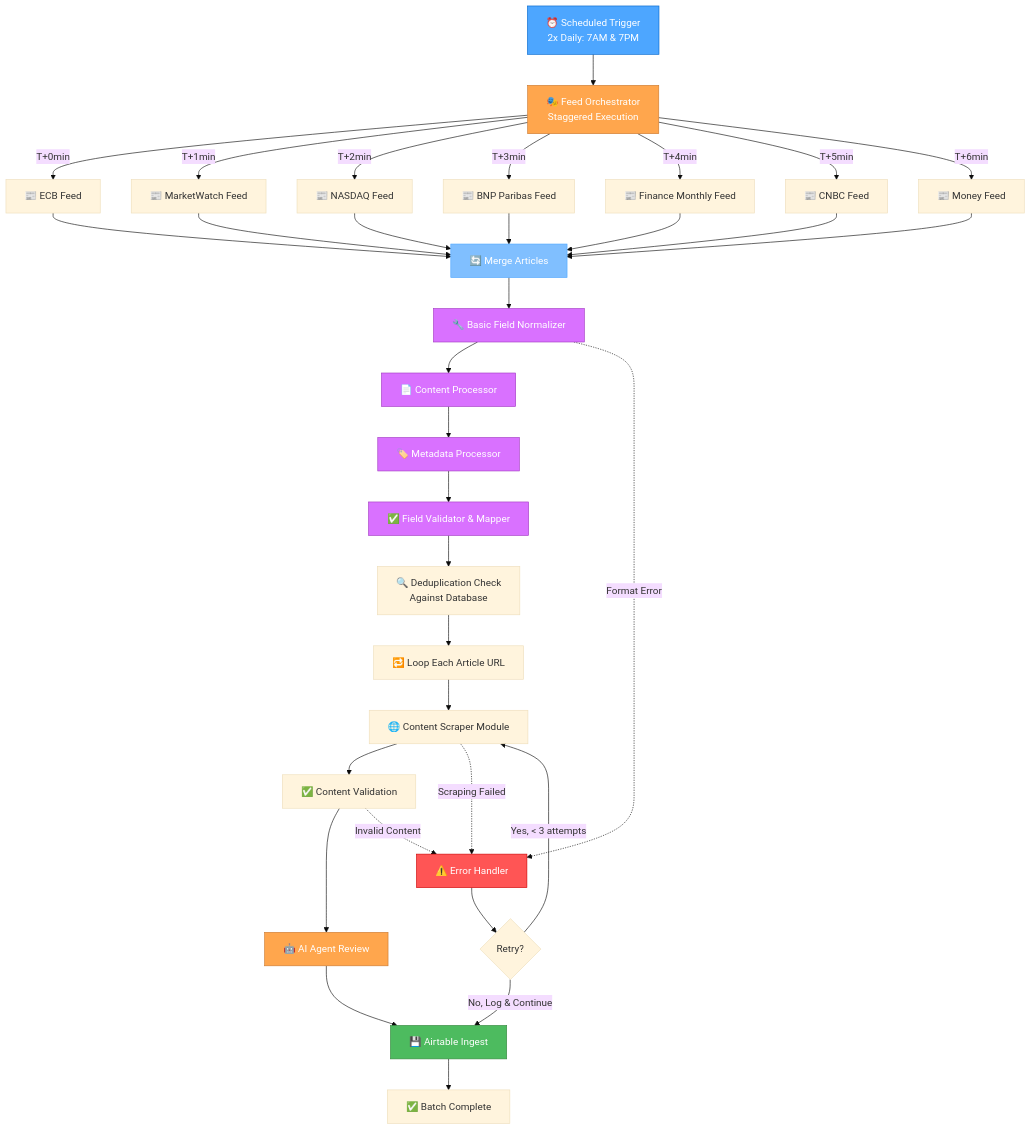
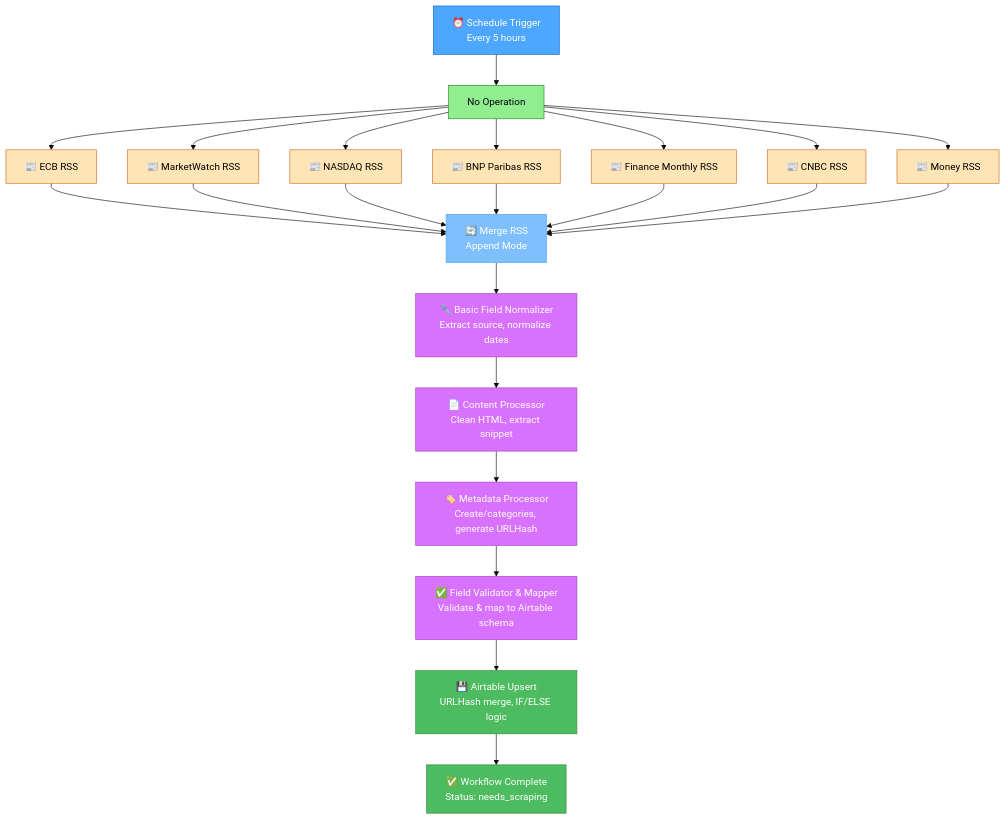
One commit to Capp3/n8n-fineopinion changed the second of 4 diagrams in fineopinions_diagram.md. Above: the diagram before and after it, drawn with Mermaid (base theme). The commit also changed other lines of this file and 9 other files, not shown here.

````diff
--- a/fineopinions_diagram.md
+++ b/fineopinions_diagram.md
@@ -100,51 +100,40 @@
 ```mermaid
 graph TB
-    %% Main Entry Point
-    START[⏰ Scheduled Trigger<br/>2x Daily: 7AM & 7PM] --> ORCHESTRATOR[🎭 Feed Orchestrator<br/>Staggered Execution]
+    %% Main Entry Point - Updated to match actual workflow
+    START[⏰ Schedule Trigger<br/>Every 5 hours] --> NOOP[No Operation]
+    NOOP --> FEED1[📰 ECB RSS]
+    NOOP --> FEED2[📰 MarketWatch RSS]
+    NOOP --> FEED3[📰 NASDAQ RSS]
+    NOOP --> FEED4[📰 BNP Paribas RSS]
+    NOOP --> FEED5[📰 Finance Monthly RSS]
+    NOOP --> FEED6[📰 CNBC RSS]
+    NOOP --> FEED7[📰 Money RSS]
 
-    %% Feed Processing (Updated with Actual 7 Feeds)
-    ORCHESTRATOR -->|T+0min| FEED1[📰 ECB Feed]
-    ORCHESTRATOR -->|T+1min| FEED2[📰 MarketWatch Feed]
-    ORCHESTRATOR -->|T+2min| FEED3[📰 NASDAQ Feed]
-    ORCHESTRATOR -->|T+3min| FEED4[📰 BNP Paribas Feed]
-    ORCHESTRATOR -->|T+4min| FEED5[📰 Finance Monthly Feed]
-    ORCHESTRATOR -->|T+5min| FEED6[📰 CNBC Feed]
-    ORCHESTRATOR -->|T+6min| FEED7[📰 Money Feed]
-
-    %% RSS Post-Processing Pipeline (NEW)
-    FEED1 & FEED2 & FEED3 & FEED4 & FEED5 & FEED6 & FEED7 --> MERGE[🔄 Merge Articles]
-    MERGE --> NORMALIZE[🔧 Basic Field Normalizer]
-    NORMALIZE --> CONTENTPROC[📄 Content Processor]
-    CONTENTPROC --> METADATA[🏷️ Metadata Processor]
-    METADATA --> VALIDATE[✅ Field Validator & Mapper]
-
-    %% Deduplication & Processing Pipeline
-    VALIDATE --> DEDUP[🔍 Deduplication Check<br/>Against Database]
-    DEDUP --> LOOP[🔁 Loop Each Article URL]
-    LOOP --> SCRAPE[🌐 Content Scraper Module]
-    SCRAPE --> AIVALIDATE[✅ Content Validation]
-    AIVALIDATE --> AGENT[🤖 AI Agent Review]
-    AGENT --> STORE[💾 Airtable Ingest]
-
-    %% Error Handling
-    SCRAPE -.->|Scraping Failed| ERROR[⚠️ Error Handler]
-    AIVALIDATE -.->|Invalid Content| ERROR
-    NORMALIZE -.->|Format Error| ERROR
-    ERROR --> RETRY{Retry?}
-    RETRY -->|Yes, < 3 attempts| SCRAPE
-    RETRY -->|No, Log & Continue| STORE
+    %% RSS Post-Processing Pipeline (4-Stage)
+    FEED1 & FEED2 & FEED3 & FEED4 & FEED5 & FEED6 & FEED7 --> MERGE[🔄 Merge RSS<br/>Append Mode]
+    MERGE --> NORMALIZE[🔧 Basic Field Normalizer<br/>Extract source, normalize dates]
+    NORMALIZE --> CONTENTPROC[📄 Content Processor<br/>Clean HTML, extract snippet]
+    CONTENTPROC --> METADATA[🏷️ Metadata Processor<br/>Create/categories, generate URLHash]
+    METADATA --> MAPPER[✅ Field Validator & Mapper<br/>Validate & map to Airtable schema]
+    MAPPER --> AIRTABLE[💾 Airtable Upsert<br/>URLHash merge, IF/ELSE logic]
 
     %% Completion
-    STORE --> COMPLETE[✅ Batch Complete]
+    AIRTABLE --> COMPLETE[✅ Workflow Complete<br/>Status: needs_scraping]
 
     style START fill:#4da6ff,stroke:#0066cc,color:white
-    style ORCHESTRATOR fill:#ffa64d,stroke:#cc7a30,color:white
+    style NOOP fill:#90EE90,stroke:#228B22,color:black
+    style FEED1 fill:#FFE4B5,stroke:#D2691E,color:black
+    style FEED2 fill:#FFE4B5,stroke:#D2691E,color:black
+    style FEED3 fill:#FFE4B5,stroke:#D2691E,color:black
+    style FEED4 fill:#FFE4B5,stroke:#D2691E,color:black
+    style FEED5 fill:#FFE4B5,stroke:#D2691E,color:black
+    style FEED6 fill:#FFE4B5,stroke:#D2691E,color:black
+    style FEED7 fill:#FFE4B5,stroke:#D2691E,color:black
     style MERGE fill:#80bfff,stroke:#4da6ff,color:white
     style NORMALIZE fill:#d971ff,stroke:#a33bc2,color:white
     style CONTENTPROC fill:#d971ff,stroke:#a33bc2,color:white
     style METADATA fill:#d971ff,stroke:#a33bc2,color:white
-    style VALIDATE fill:#d971ff,stroke:#a33bc2,color:white
-    style AGENT fill:#ffa64d,stroke:#cc7a30,color:white
-    style STORE fill:#4dbb5f,stroke:#36873f,color:white
-    style ERROR fill:#ff5555,stroke:#cc0000,color:white
+    style MAPPER fill:#d971ff,stroke:#a33bc2,color:white
+    style AIRTABLE fill:#4dbb5f,stroke:#36873f,color:white
+    style COMPLETE fill:#4dbb5f,stroke:#36873f,color:white
 ```
````
